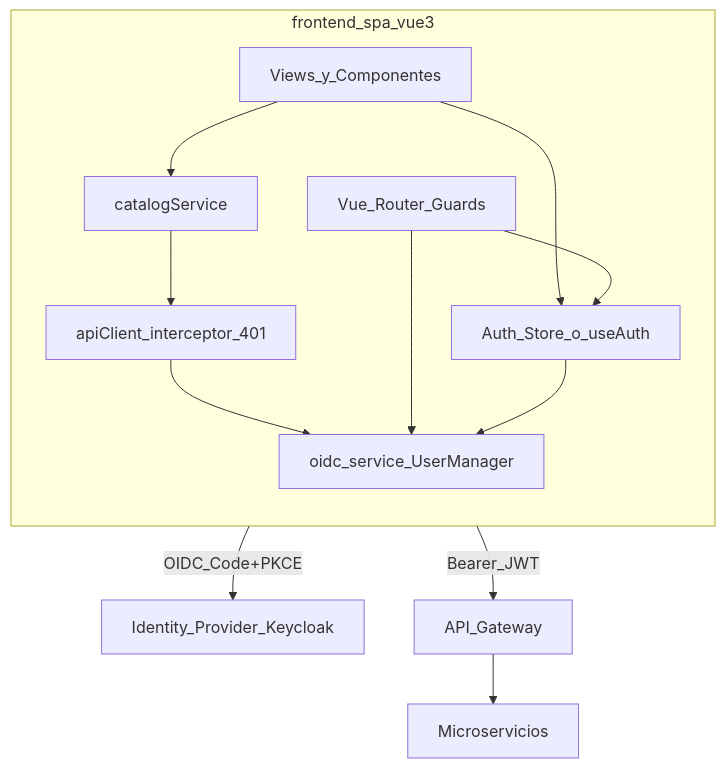
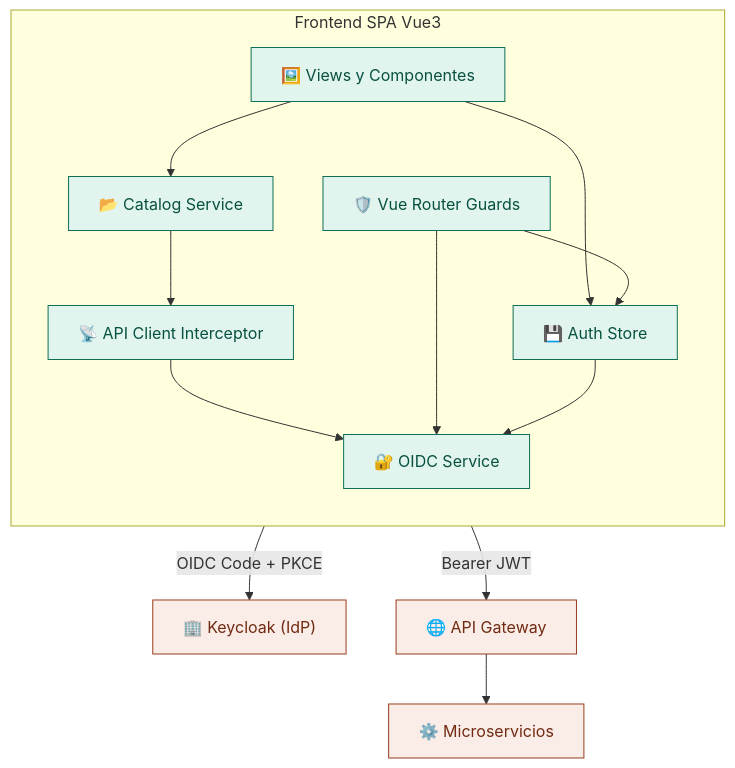
The seventh of 18 diagrams in readme.md (LIDR-academy/AI4Devs-finalproject), drawn with Mermaid before and after one commit. The commit also changed other lines of this file, not shown here.

Commit message:
Mejoras diseño diagramas mermadi

````diff
--- a/readme.md
+++ b/readme.md
@@ -416,24 +416,37 @@
 ```mermaid
 flowchart TB
-  subgraph SPA [frontend_spa_vue3]
-    direction TB
-    Router[Vue_Router_Guards]
-    Views[Views_y_Componentes]
-    AuthStore[Auth_Store_o_useAuth]
-    Oidc[oidc_service_UserManager]
-    Http[apiClient_interceptor_401]
-    CatalogSvc[catalogService]
+    %% --- Estilos (Consistentes con la arquitectura anterior) ---
+    classDef component fill:#E1F5EE,stroke:#0F6E56,stroke-width:1px,color:#085041;
+    classDef external fill:#FAECE7,stroke:#993C1D,stroke-width:1px,color:#712B13;
+    classDef subgraphStyle fill:#F9F9F9,stroke:#999,stroke-dasharray: 5 5;
 
-    Views --> AuthStore
-    Views --> CatalogSvc
-    CatalogSvc --> Http
-    Http --> Oidc
-    Router --> AuthStore
-    Router --> Oidc
-    AuthStore --> Oidc
-  end
+    %% --- Subgraph Frontend ---
+    subgraph SPA [Frontend SPA Vue3]
+        direction TB
+        Router["🛡️ Vue Router Guards"]:::component
+        Views["🖼️ Views y Componentes"]:::component
+        AuthStore["💾 Auth Store"]:::component
+        Oidc["🔐 OIDC Service"]:::component
+        Http["📡 API Client Interceptor"]:::component
+        CatalogSvc["📂 Catalog Service"]:::component
 
-  Oidc -->|OIDC_Code+PKCE| IdP[Identity_Provider_Keycloak]
-  Http -->|Bearer_JWT| GW[API_Gateway]
-  GW --> Services[Microservicios]
+        %% Relaciones internas
+        Views --> AuthStore
+        Views --> CatalogSvc
+        CatalogSvc --> Http
+        Http --> Oidc
+        Router --> AuthStore
+        Router --> Oidc
+        AuthStore --> Oidc
+    end
+
+    %% --- Componentes Externos ---
+    IdP["🏢 Keycloak (IdP)"]:::external
+    GW["🌐 API Gateway"]:::external
+    Services["⚙️ Microservicios"]:::external
+
+    %% --- Conexiones externas ---
+    Oidc -->|OIDC Code + PKCE| IdP
+    Http -->|Bearer JWT| GW
+    GW --> Services
 ```
````
